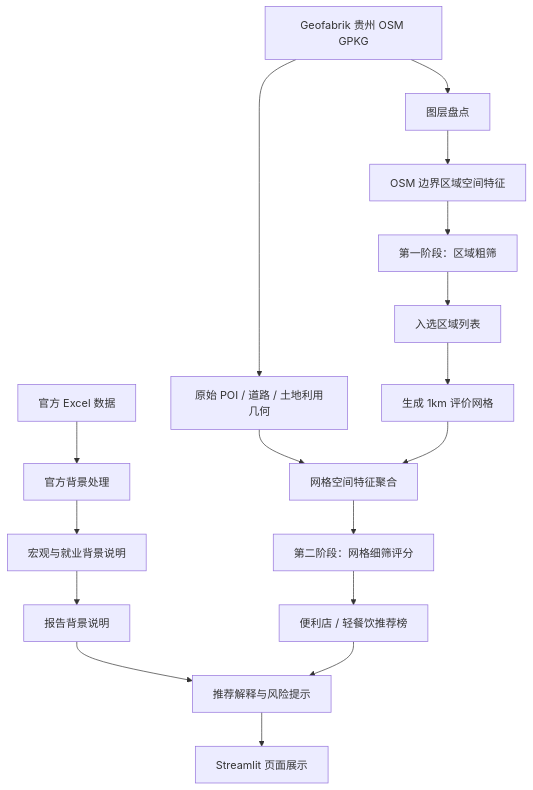
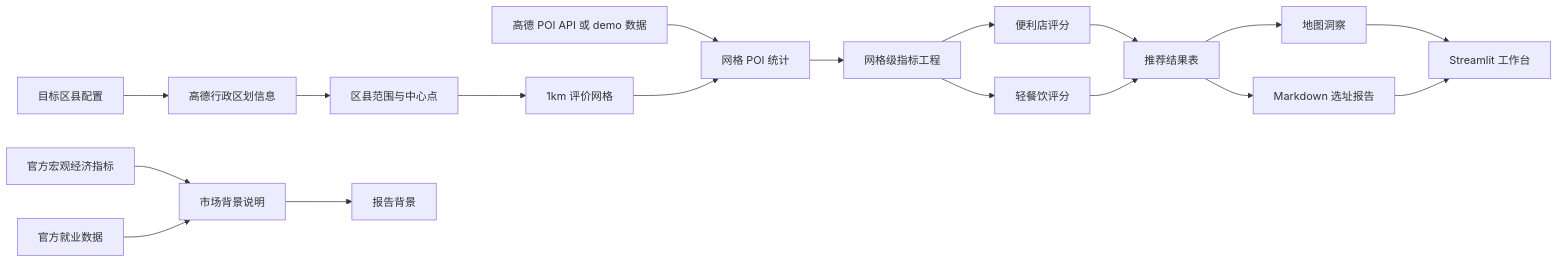
The first of 2 diagrams in docs/技术路线草图.md (Brolem/qianzhi_selection), drawn with Mermaid before and after one commit. The commit also changed other lines of this file and 12 other files, not shown here.

````diff
--- a/docs/技术路线草图.md
+++ b/docs/技术路线草图.md
@@ -3,19 +5,20 @@
 ```mermaid
-flowchart TD
-    A["官方 Excel 数据"] --> B["官方背景处理"]
-    B --> C["宏观与就业背景说明"]
-    D["Geofabrik 贵州 OSM GPKG"] --> E["图层盘点"]
-    E --> F["OSM 边界区域空间特征"]
-    F --> G["第一阶段：区域粗筛"]
-    G --> H["入选区域列表"]
-    H --> I["生成 1km 评价网格"]
-    D --> J["原始 POI / 道路 / 土地利用几何"]
-    J --> K["网格空间特征聚合"]
-    I --> K
-    K --> L["第二阶段：网格细筛评分"]
-    C --> M["报告背景说明"]
-    L --> N["便利店 / 轻餐饮推荐榜"]
-    M --> O["推荐解释与风险提示"]
-    N --> O
-    O --> P["Streamlit 页面展示"]
+flowchart LR
+    A["官方宏观经济指标"] --> B["市场背景说明"]
+    C["官方就业数据"] --> B
+    D["目标区县配置"] --> E["高德行政区划信息"]
+    E --> F["区县范围与中心点"]
+    F --> G["1km 评价网格"]
+    H["高德 POI API 或 demo 数据"] --> I["网格 POI 统计"]
+    G --> I
+    I --> J["网格级指标工程"]
+    B --> K["报告背景"]
+    J --> L["便利店评分"]
+    J --> M["轻餐饮评分"]
+    L --> N["推荐结果表"]
+    M --> N
+    N --> O["地图洞察"]
+    N --> P["Markdown 选址报告"]
+    O --> Q["Streamlit 工作台"]
+    P --> Q
 ```
````
